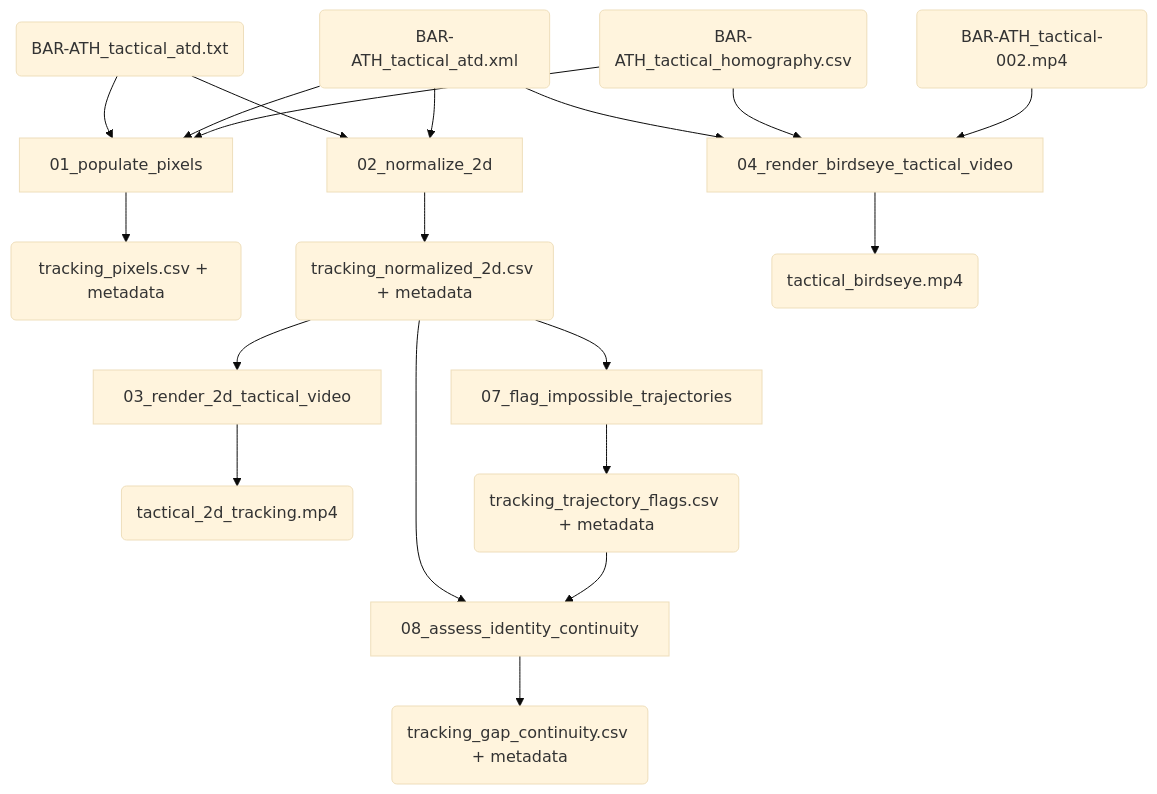
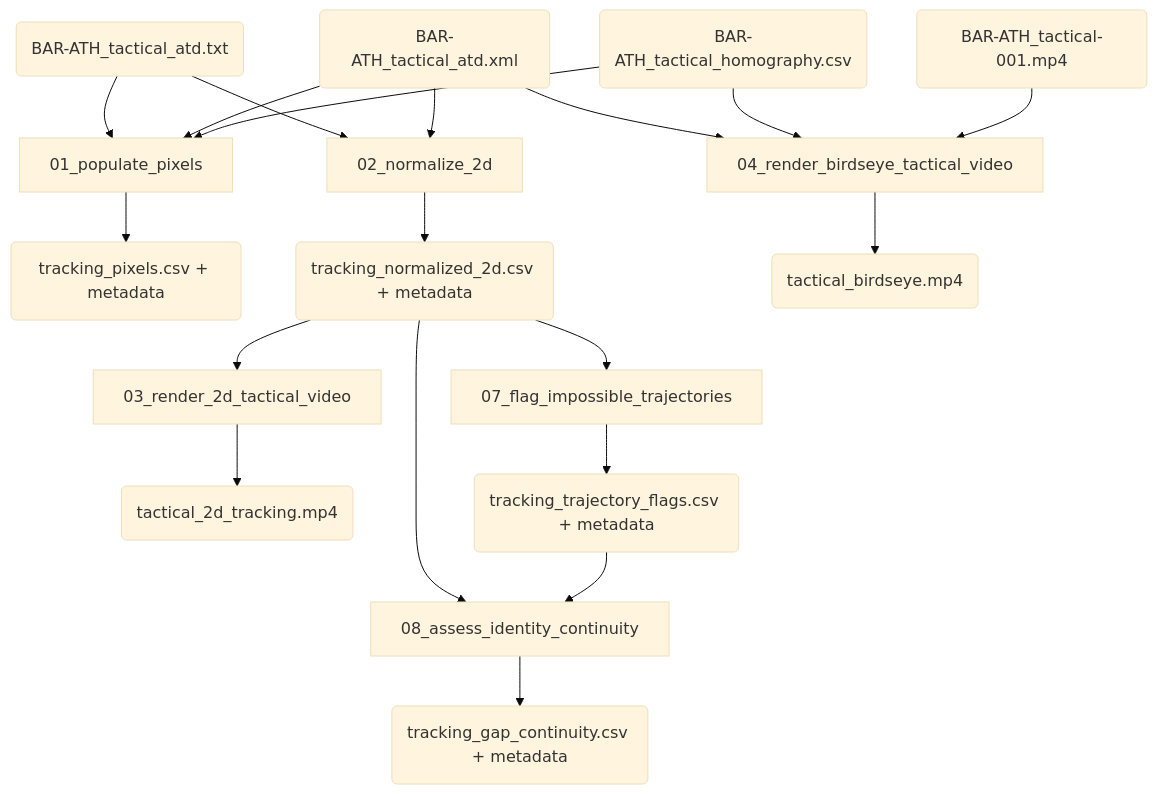
The first of 2 diagrams in README.md (stanleyyoga123/solution-more-than-a-hack-2027), drawn with Mermaid (base theme) before and after one commit. The commit also changed other lines of this file and 4 other files, not shown here.

Commit message:
Fix tactical video filename references

````diff
--- a/README.md
+++ b/README.md
@@ -75,34 +75,34 @@
 ```mermaid
 flowchart TD
     atd("BAR-ATH_tactical_atd.txt")
     xml("BAR-ATH_tactical_atd.xml")
     homography("BAR-ATH_tactical_homography.csv")
-    video("BAR-ATH_tactical-002.mp4")
+    video("BAR-ATH_tactical-001.mp4")
 
     p01["01_populate_pixels"]
     p02["02_normalize_2d"]
     p03["03_render_2d_tactical_video"]
     p04["04_render_birdseye_tactical_video"]
     p07["07_flag_impossible_trajectories"]
     p08["08_assess_identity_continuity"]
 
     pixels("tracking_pixels.csv + metadata")
     normalized("tracking_normalized_2d.csv + metadata")
     minimap("tactical_2d_tracking.mp4")
     birdseye("tactical_birdseye.mp4")
     flags("tracking_trajectory_flags.csv + metadata")
     gaps("tracking_gap_continuity.csv + metadata")
 
     atd --> p01 & p02
     xml --> p01 & p02 & p04
     homography --> p01 & p04
     video --> p04
     p01 --> pixels
     p02 --> normalized
     normalized --> p03 & p07 & p08
     p03 --> minimap
     p04 --> birdseye
     p07 --> flags
     flags --> p08
     p08 --> gaps
 ```
````
